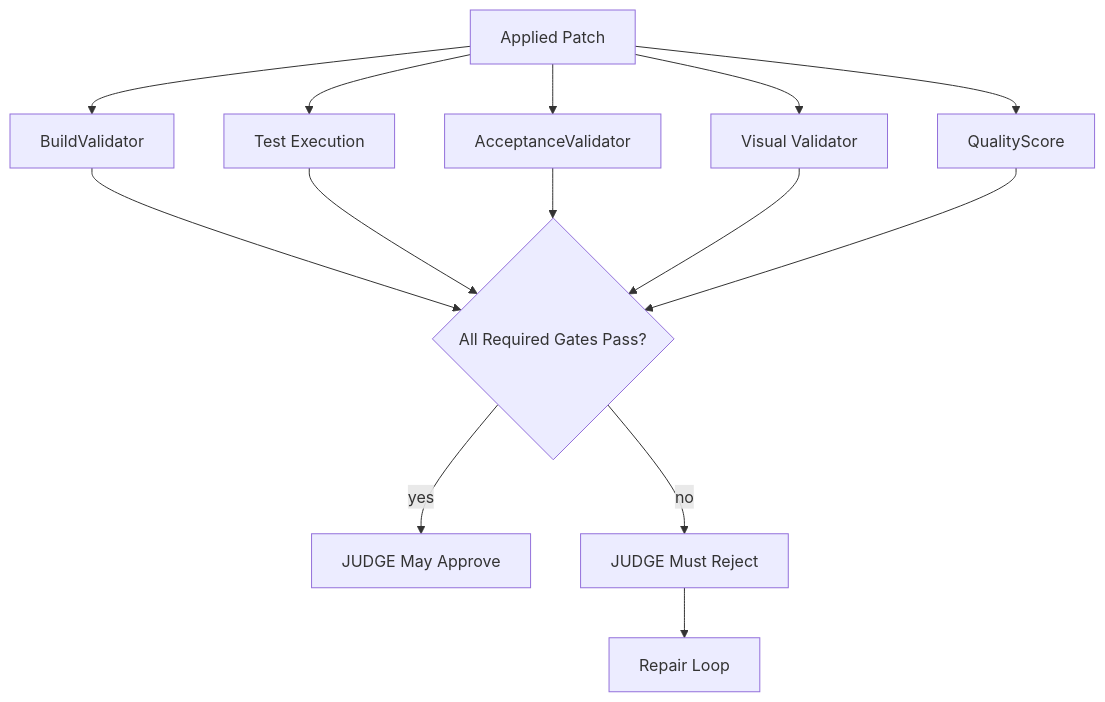
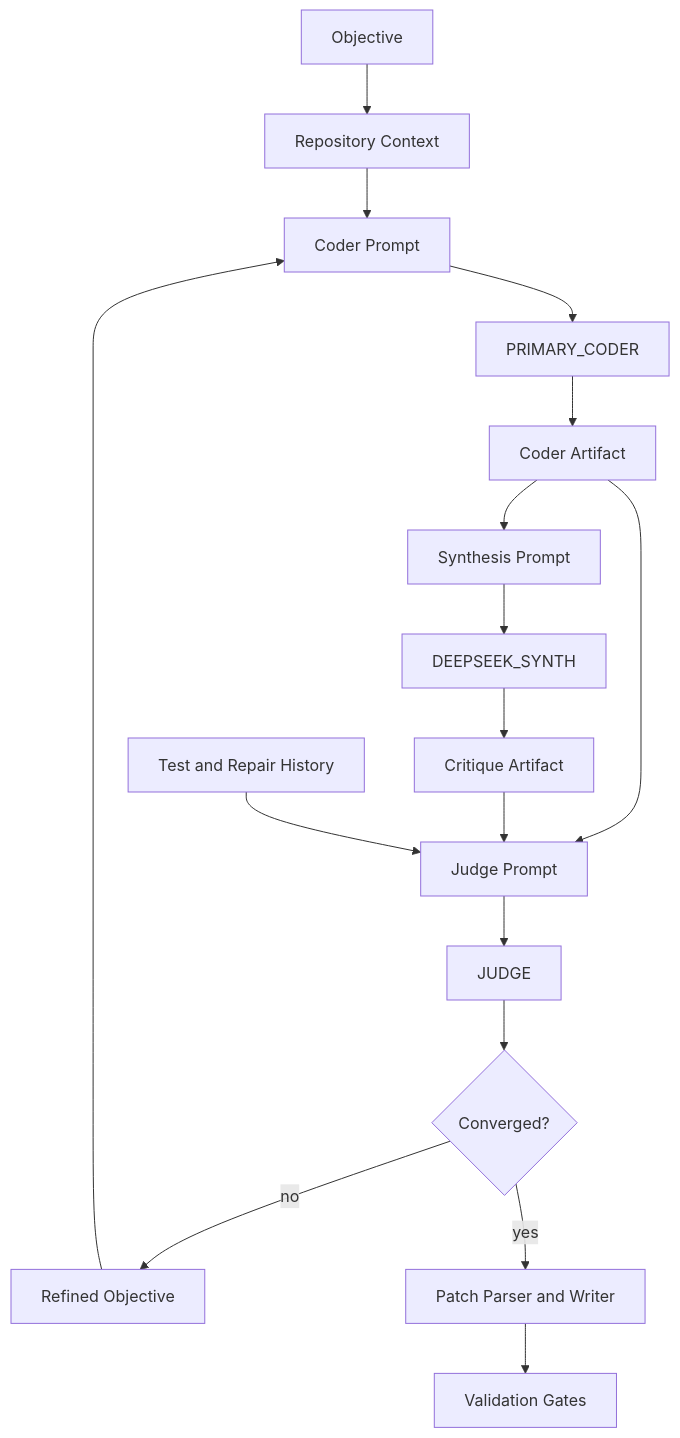
Before and after one commit to ratishoberoi/forge: the sixth of 6 diagrams in README.md, drawn with Mermaid. The commit also changed other lines of this file, not shown here.

````diff
--- a/README.md
+++ b/README.md
@@ -469,18 +253,22 @@
 ```mermaid
 flowchart TD
-    Patch[Applied Patch] --> Build[BuildValidator]
-    Patch --> Tests[Test Execution]
-    Patch --> Acceptance[AcceptanceValidator]
-    Patch --> Visual[Visual Validator]
-    Patch --> Quality[QualityScore]
+    Objective[Objective] --> Context[Repository Context]
+    Context --> CoderPrompt[Coder Prompt]
+    CoderPrompt --> Coder[PRIMARY_CODER]
+    Coder --> CoderArtifact[Coder Artifact]
 
-    Build --> Gate{All Required Gates Pass?}
-    Tests --> Gate
-    Acceptance --> Gate
-    Visual --> Gate
-    Quality --> Gate
+    CoderArtifact --> SynthPrompt[Synthesis Prompt]
+    SynthPrompt --> Synth[DEEPSEEK_SYNTH]
+    Synth --> Critique[Critique Artifact]
 
-    Gate -- yes --> Judge[JUDGE May Approve]
-    Gate -- no --> Reject[JUDGE Must Reject]
-    Reject --> Repair[Repair Loop]
+    CoderArtifact --> JudgePrompt[Judge Prompt]
+    Critique --> JudgePrompt
+    Tests[Test and Repair History] --> JudgePrompt
+    JudgePrompt --> Judge[JUDGE]
+    Judge --> Verdict{Converged?}
+
+    Verdict -- no --> Refine[Refined Objective]
+    Refine --> CoderPrompt
+    Verdict -- yes --> Patch[Patch Parser and Writer]
+    Patch --> Validation[Validation Gates]
 ```
````
